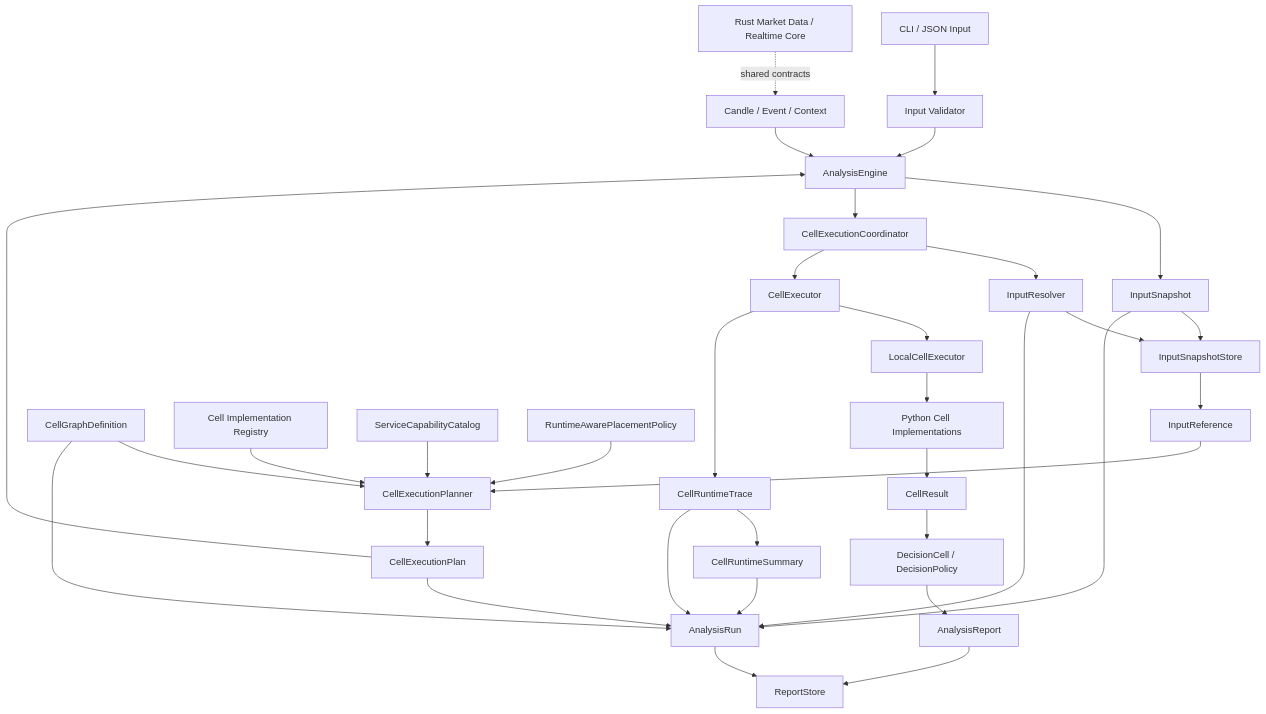
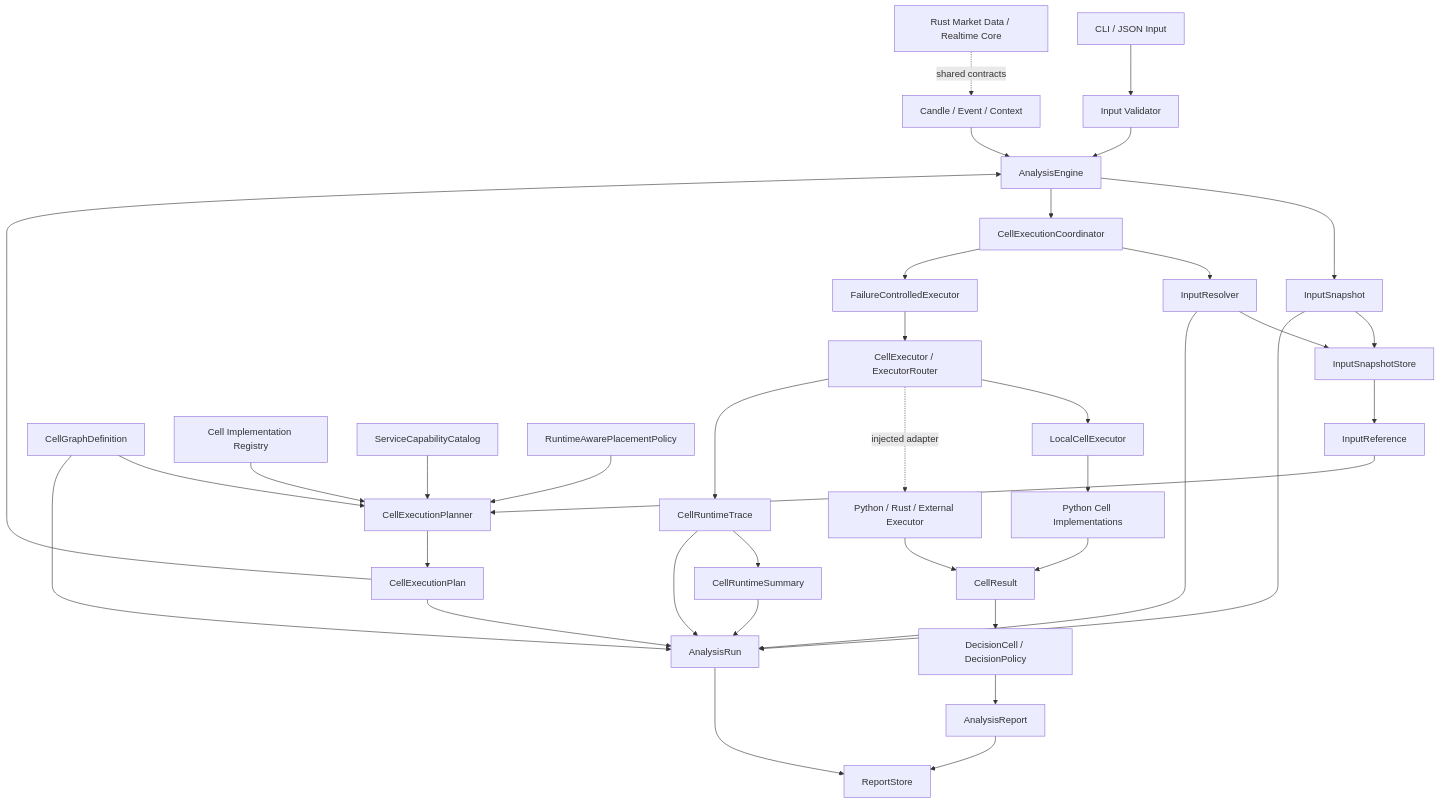
One commit to ModWU/market-cell changed the diagram in docs/system_architecture.md. Above: the diagram before and after it, drawn with Mermaid. The commit also changed other lines of this file and 102 other files, not shown here.

````diff
--- a/docs/system_architecture.md
+++ b/docs/system_architecture.md
@@ -42,40 +42,43 @@
 ```mermaid
 flowchart TD
     Input["CLI / JSON Input"] --> Validate["Input Validator"]
     Validate --> Engine["AnalysisEngine"]
     Engine --> Snapshot["InputSnapshot"]
     Snapshot --> InputStore["InputSnapshotStore"]
     InputStore --> InputRef["InputReference"]
 
     Graph["CellGraphDefinition"] --> Planner["CellExecutionPlanner"]
     Registry["Cell Implementation Registry"] --> Planner
     Catalog["ServiceCapabilityCatalog"] --> Planner
     Placement["RuntimeAwarePlacementPolicy"] --> Planner
     InputRef --> Planner
     Planner --> Plan["CellExecutionPlan"]
     Plan --> Engine
 
     Engine --> Coordinator["CellExecutionCoordinator"]
     Coordinator --> Resolver["InputResolver"]
     Resolver --> InputStore
-    Coordinator --> Executor["CellExecutor"]
+    Coordinator --> Control["FailureControlledExecutor"]
+    Control --> Executor["CellExecutor / ExecutorRouter"]
     Executor --> Local["LocalCellExecutor"]
+    Executor -. injected adapter .-> Service["Python / Rust / External Executor"]
     Local --> Cells["Python Cell Implementations"]
     Cells --> Results["CellResult"]
+    Service --> Results
     Results --> Decision["DecisionCell / DecisionPolicy"]
     Decision --> Report["AnalysisReport"]
 
     Executor --> Trace["CellRuntimeTrace"]
     Trace --> Summary["CellRuntimeSummary"]
     Plan --> Run["AnalysisRun"]
     Graph --> Run
     Snapshot --> Run
     Resolver --> Run
     Trace --> Run
     Summary --> Run
     Report --> Store["ReportStore"]
     Run --> Store
 
     Data["Candle / Event / Context"] --> Engine
     Rust["Rust Market Data / Realtime Core"] -. shared contracts .-> Data
 ```
````
